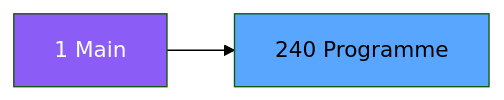
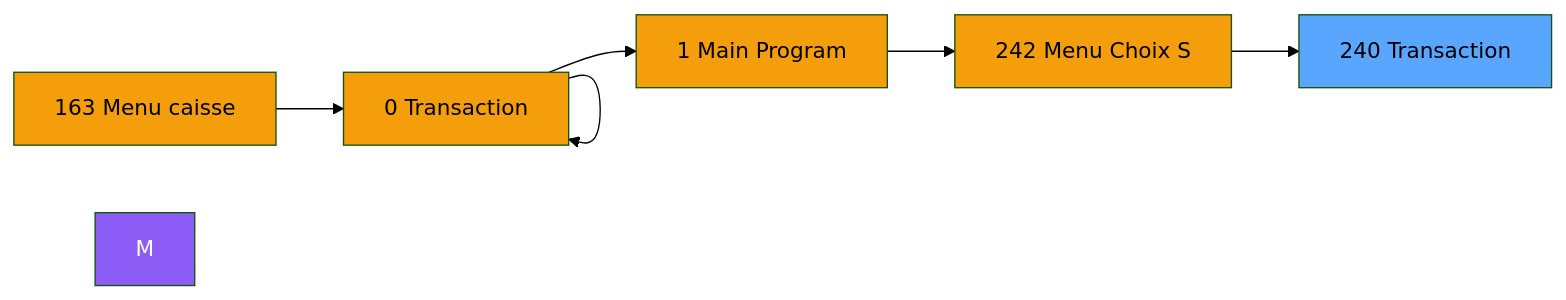
One commit to thonyAGP/magic-migration changed the second of 3 diagrams in .openspec/specs/ADH-IDE-240.md. Above: the diagram before and after it, drawn with Mermaid (forest theme). The commit also changed other lines of this file and 323 other files, not shown here.

````diff
--- a/.openspec/specs/ADH-IDE-240.md
+++ b/.openspec/specs/ADH-IDE-240.md
@@ -140,8 +166,21 @@
 ```mermaid
 graph LR
-    M[1 Main]
-    T[240 Programme]
-    M --> T
+    N163[163 Menu caisse ]
+    N0[0 Transaction ]
+    N0[0 Transaction ]
+    N1[1 Main Program]
+    N242[242 Menu Choix S]
+    T[240 Transaction ]
+    N163 --> N0
+    N0 --> N0
+    N0 --> N1
+    N1 --> N242
+    N242 --> T
     style M fill:#8b5cf6,color:#fff
+    style N163 fill:#f59e0b
+    style N0 fill:#f59e0b
+    style N0 fill:#f59e0b
+    style N1 fill:#f59e0b
+    style N242 fill:#f59e0b
     style T fill:#58a6ff,color:#000
 ```
````
